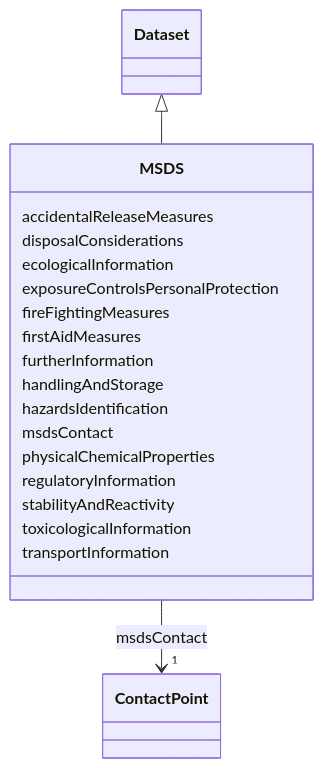
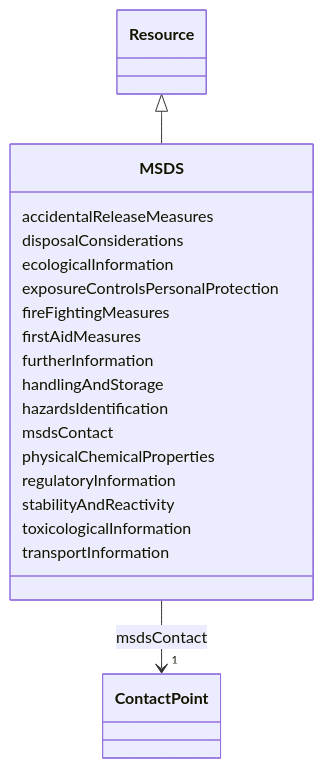
Before and after one commit to EVORA-project/evora-ontology: the diagram in models/docs/MSDS.md, drawn with Mermaid. The commit also changed other lines of this file and 435 other files, not shown here.

````diff
--- a/models/docs/MSDS.md
+++ b/models/docs/MSDS.md
@@ -19,46 +19,46 @@
 ```mermaid
  classDiagram
     class MSDS
     click MSDS href "../MSDS"
-      Dataset <|-- MSDS
-        click Dataset href "../Dataset"
+      Resource <|-- MSDS
+        click Resource href "../Resource"
       
       MSDS : accidentalReleaseMeasures
         
       MSDS : disposalConsiderations
         
       MSDS : ecologicalInformation
         
       MSDS : exposureControlsPersonalProtection
         
       MSDS : fireFightingMeasures
         
       MSDS : firstAidMeasures
         
       MSDS : furtherInformation
         
       MSDS : handlingAndStorage
         
       MSDS : hazardsIdentification
         
       MSDS : msdsContact
         
           
     
     
     MSDS --> "1" ContactPoint : msdsContact
     click ContactPoint href "../ContactPoint"
 
         
       MSDS : physicalChemicalProperties
         
       MSDS : regulatoryInformation
         
       MSDS : stabilityAndReactivity
         
       MSDS : toxicologicalInformation
         
       MSDS : transportInformation
         
       
 ```
````
